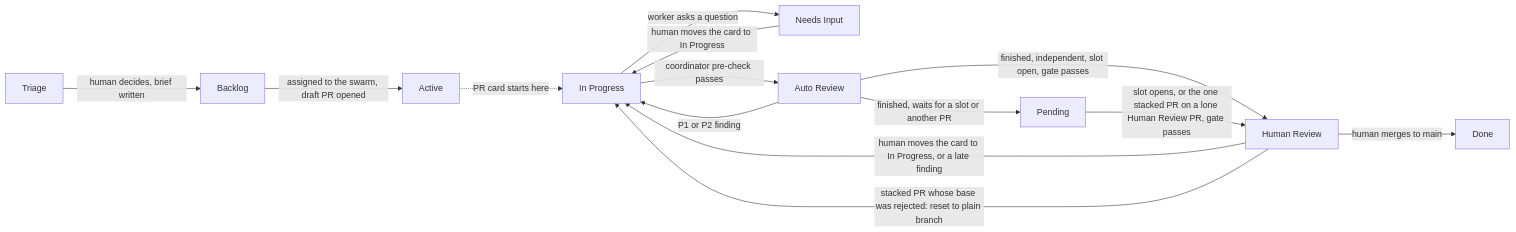
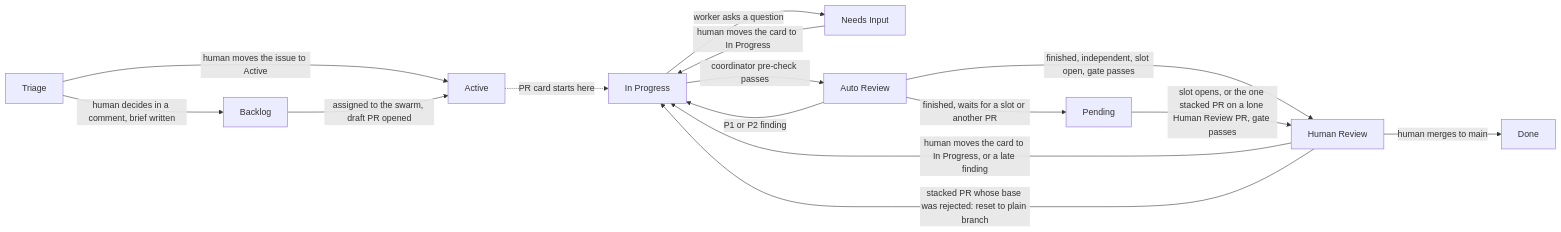
One commit to tangentcode/methodology changed the diagram in workflow.md. Above: the diagram before and after it, drawn with Mermaid. The commit also changed other lines of this file and 12 other files, not shown here.

````diff
--- a/workflow.md
+++ b/workflow.md
@@ -63,16 +68,17 @@
 ```mermaid
 flowchart LR
-    T[Triage] -->|human decides, brief written| B[Backlog]
-    B -->|assigned to the swarm, draft PR opened| AC[Active]
+    T[Triage] -->|human decides in a comment, brief written| B[Backlog]
+    T -->|human moves the issue to Active| AC[Active]
+    B -->|assigned to the swarm, draft PR opened| AC
     AC -.->|PR card starts here| IP[In Progress]
     IP -->|worker asks a question| NI[Needs Input]
     NI -->|human moves the card to In Progress| IP
     IP -->|coordinator pre-check passes| AR[Auto Review]
     AR -->|P1 or P2 finding| IP
     AR -->|finished, independent, slot open, gate passes| HR[Human Review]
     AR -->|finished, waits for a slot or another PR| P[Pending]
     P -->|slot opens, or the one stacked PR on a lone Human Review PR, gate passes| HR
     HR -->|human moves the card to In Progress, or a late finding| IP
     HR -->|stacked PR whose base was rejected: reset to plain branch| IP
     HR -->|human merges to main| D[Done]
 ```
````
